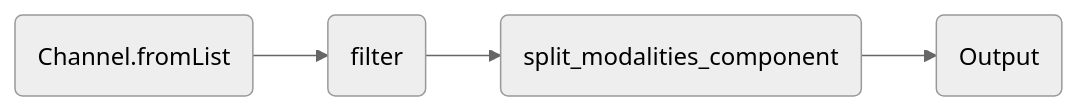
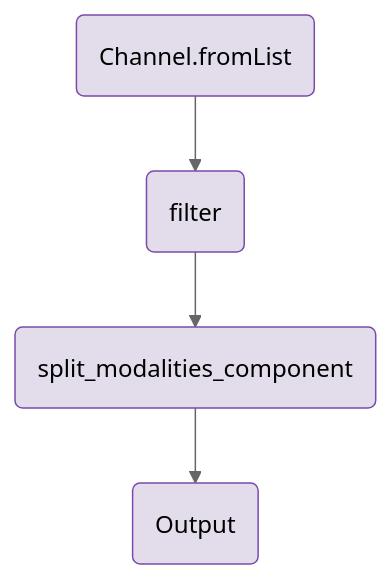
The diagram in components/workflows/multiomics/split_modalities.qmd (openpipelines-bio/website), drawn with Mermaid (neutral theme) before and after one commit. The commit also changed 21 other files, not shown here.

````diff
--- a/components/workflows/multiomics/split_modalities.qmd
+++ b/components/workflows/multiomics/split_modalities.qmd
@@ -93,12 +93,15 @@
 ```{mermaid}
-%%| column: screen-inset-shaded
-flowchart LR
+flowchart TB
     v0(Channel.fromList)
     v2(filter)
     v18(split_modalities_component)
     v51(Output)
     v0-->v2
     v2-->v18
     v18-->v51
+    style v0 fill:#e3dcea,stroke:#7a4baa;
+    style v2 fill:#e3dcea,stroke:#7a4baa;
+    style v18 fill:#e3dcea,stroke:#7a4baa;
+    style v51 fill:#e3dcea,stroke:#7a4baa;
 
 ```
````
